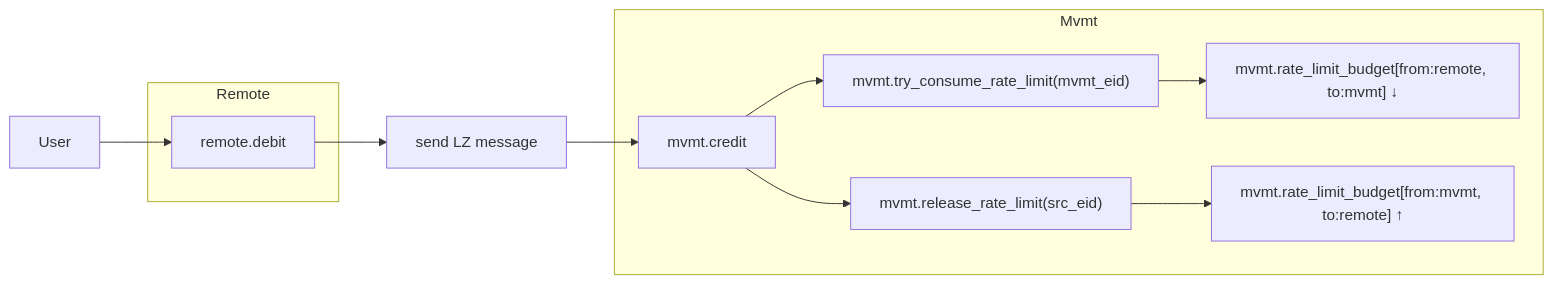
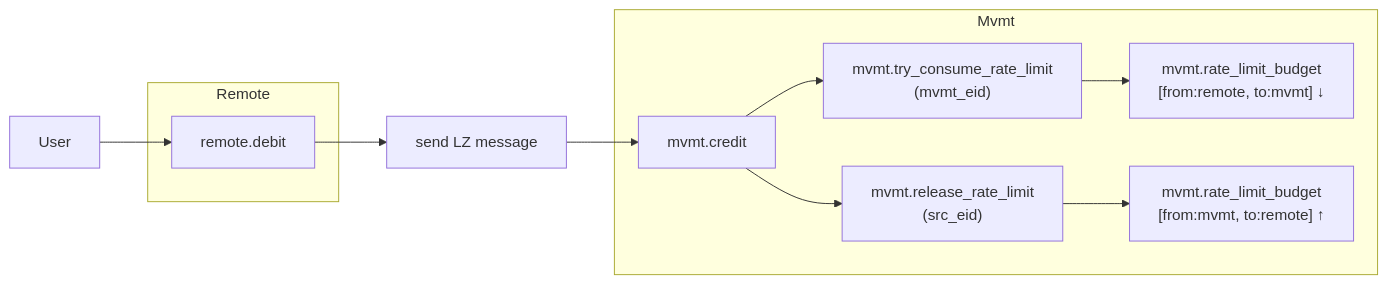
Before and after one commit to movementlabsxyz/MIP: the third of 5 diagrams in MIP/mip-x/README.md, drawn with Mermaid. The commit also changed other lines of this file, not shown here.

Commit message:
improve formats of diagrams

````diff
--- a/MIP/mip-x/README.md
+++ b/MIP/mip-x/README.md
@@ -123,18 +123,18 @@
 ```mermaid
 flowchart LR
     User --> remote.debit
 
     subgraph Remote
         remote.debit
     end
 
     remote.debit --> send["send LZ message"]
     send --> mvmt.credit
 
     subgraph Mvmt
-        mvmt.credit --> consume_mvmt["mvmt.try_consume_rate_limit(mvmt_eid)"]
-        consume_mvmt --> mvmt_rl_mvmt["mvmt.rate_limit_budget[from:remote, to:mvmt] ↓"]
-        mvmt.credit --> release_src["mvmt.release_rate_limit(src_eid)"]
-        release_src --> mvmt_rl_remote["mvmt.rate_limit_budget[from:mvmt, to:remote] ↑"]
+        mvmt.credit --> consume_mvmt["mvmt.try_consume_rate_limit<br/>(mvmt_eid)"]
+        consume_mvmt --> mvmt_rl_mvmt["mvmt.rate_limit_budget<br/>[from:remote, to:mvmt] ↓"]
+        mvmt.credit --> release_src["mvmt.release_rate_limit<br/>(src_eid)"]
+        release_src --> mvmt_rl_remote["mvmt.rate_limit_budget<br/>[from:mvmt, to:remote] ↑"]
     end
 ```
````
